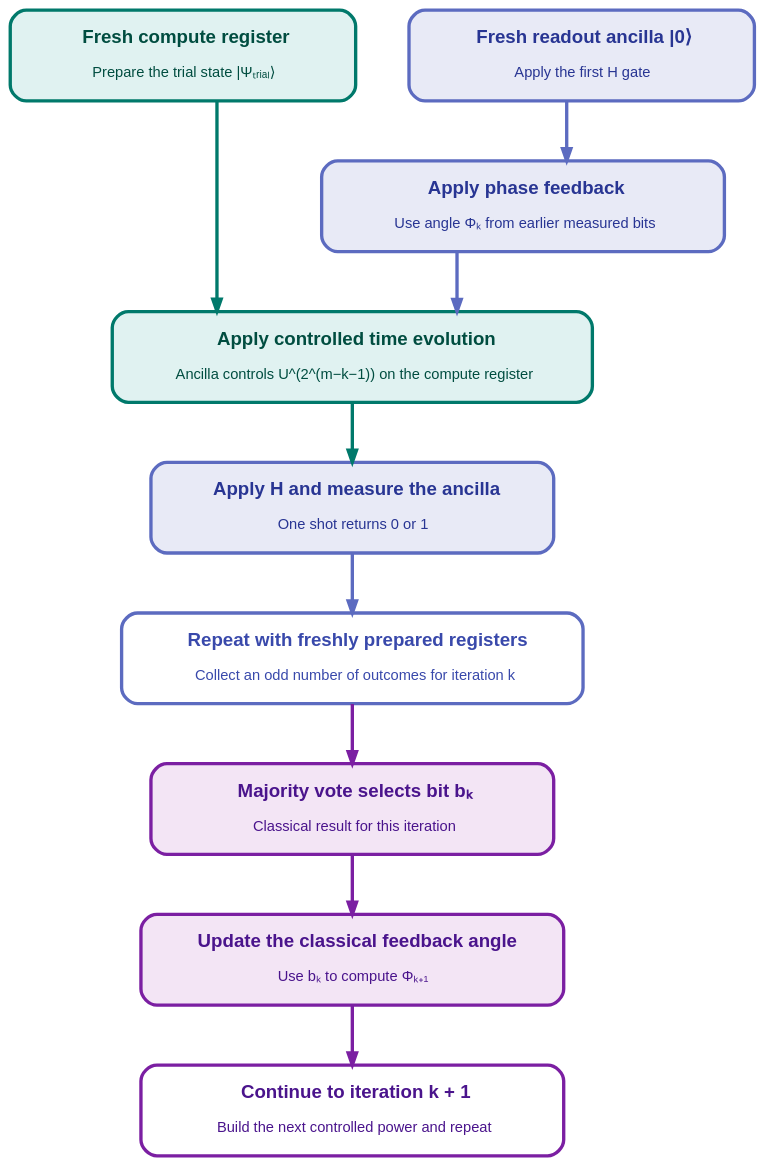
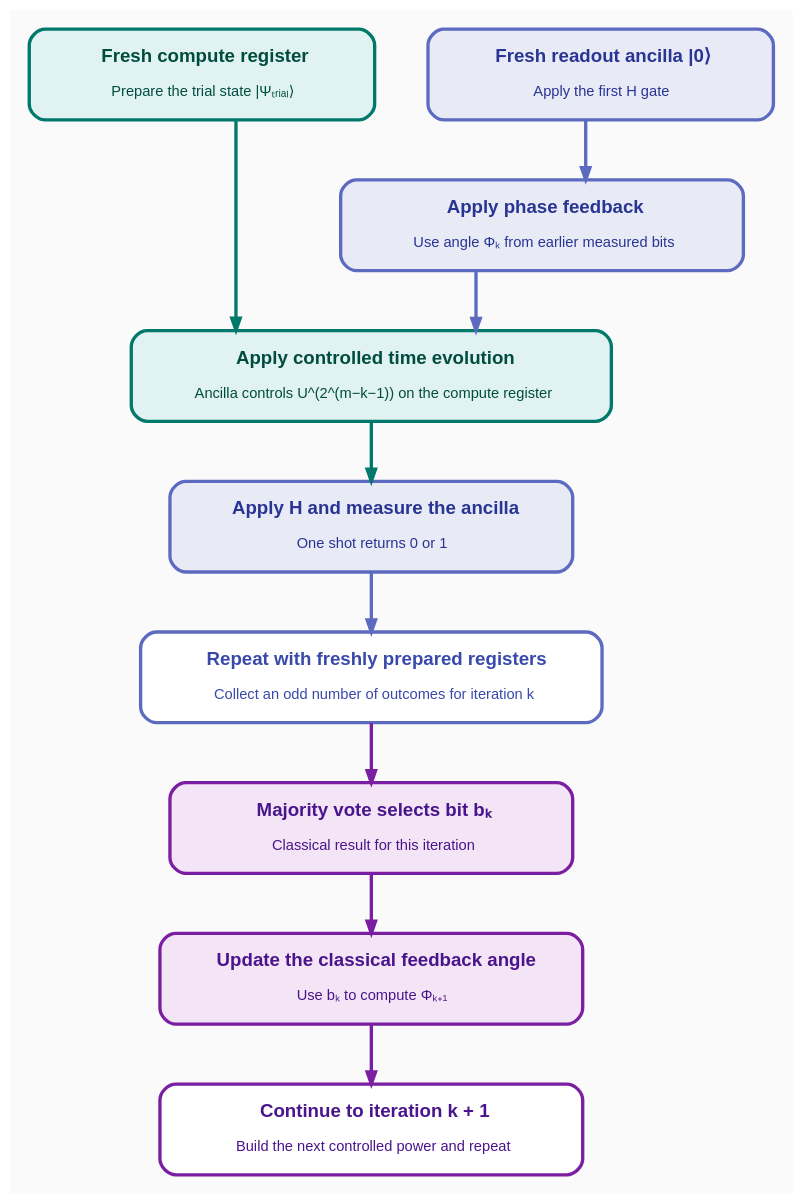
The diagram in docs/source/_static/diagrams/tutorial_qpe_iqpe_iteration.dot (microsoft/qdk-chemistry), drawn with Graphviz before and after one commit. The commit also changed 21 other files, not shown here.

```diff
--- a/docs/source/_static/diagrams/tutorial_qpe_iqpe_iteration.dot
+++ b/docs/source/_static/diagrams/tutorial_qpe_iqpe_iteration.dot
@@ -1,44 +1,44 @@
 digraph TutorialQpeIqpeIteration {
     rankdir=TB;
     ranksep=0.62;
     nodesep=0.55;
     newrank=true;
     overlap=false;
     splines=ortho;
     pad=0.2;
-    bgcolor="transparent";
+    bgcolor="#FAFAFA";
 
     node [shape=box, style="rounded,filled", fontname="Arial", width=3.6, height=0.95, margin="0.22,0.18"];
     edge [penwidth=2.5, arrowsize=0.9, fontname="Arial"];
 
     subgraph inputs {
         rank=same;
 
         Compute [label=<<B>Fresh compute register</B><BR/><BR/><FONT POINT-SIZE="11">Prepare the trial state |Ψₜᵣᵢₐₗ⟩</FONT>>, fillcolor="#E0F2F1", color="#00796B", penwidth=2.5, fontcolor="#004D40", group=left];
 
         Ancilla [label=<<B>Fresh readout ancilla |0⟩</B><BR/><BR/><FONT POINT-SIZE="11">Apply the first H gate</FONT>>, fillcolor="#E8EAF6", color="#5C6BC0", penwidth=2.5, fontcolor="#283593", group=right];
     }
 
     Feedback [label=<<B>Apply phase feedback</B><BR/><BR/><FONT POINT-SIZE="11">Use angle Φₖ from earlier measured bits</FONT>>, fillcolor="#E8EAF6", color="#5C6BC0", penwidth=2.5, fontcolor="#283593", width=4.2];
 
     Evolution [label=<<B>Apply controlled time evolution</B><BR/><BR/><FONT POINT-SIZE="11">Ancilla controls U^(2^(m−k−1)) on the compute register</FONT>>, fillcolor="#E0F2F1", color="#00796B", penwidth=2.5, fontcolor="#004D40", width=5.0];
 
     Measure [label=<<B>Apply H and measure the ancilla</B><BR/><BR/><FONT POINT-SIZE="11">One shot returns 0 or 1</FONT>>, fillcolor="#E8EAF6", color="#5C6BC0", penwidth=2.5, fontcolor="#283593", width=4.2];
 
     Shots [label=<<B>Repeat with freshly prepared registers</B><BR/><BR/><FONT POINT-SIZE="11">Collect an odd number of outcomes for iteration k</FONT>>, fillcolor="#FFFFFF", color="#5C6BC0", penwidth=2.5, fontcolor="#3949AB", width=4.8];
 
     Majority [label=<<B>Majority vote selects bit bₖ</B><BR/><BR/><FONT POINT-SIZE="11">Classical result for this iteration</FONT>>, fillcolor="#F3E5F5", color="#7B1FA2", penwidth=2.5, fontcolor="#4A148C", width=4.2];
 
     Update [label=<<B>Update the classical feedback angle</B><BR/><BR/><FONT POINT-SIZE="11">Use bₖ to compute Φₖ₊₁</FONT>>, fillcolor="#F3E5F5", color="#7B1FA2", penwidth=2.5, fontcolor="#4A148C", width=4.4];
 
     Next [label=<<B>Continue to iteration k + 1</B><BR/><BR/><FONT POINT-SIZE="11">Build the next controlled power and repeat</FONT>>, fillcolor="#FFFFFF", color="#7B1FA2", penwidth=2.5, fontcolor="#4A148C", width=4.4];
 
     Ancilla -> Feedback [color="#5C6BC0"];
     Compute -> Evolution [color="#00796B"];
     Feedback -> Evolution [color="#5C6BC0"];
     Evolution -> Measure [color="#00796B"];
     Measure -> Shots [color="#5C6BC0"];
     Shots -> Majority [color="#7B1FA2"];
     Majority -> Update [color="#7B1FA2"];
     Update -> Next [color="#7B1FA2"];
 }
```
